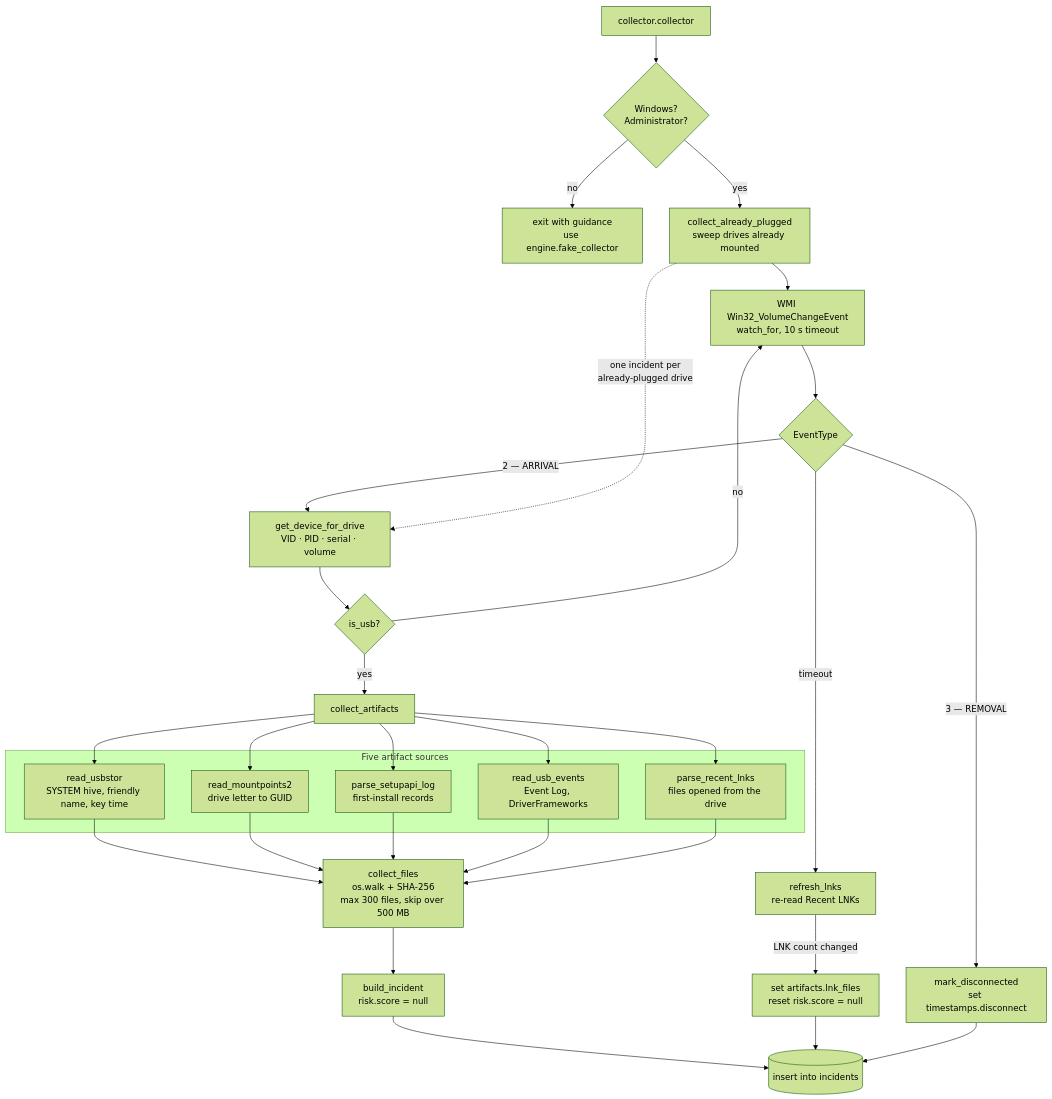
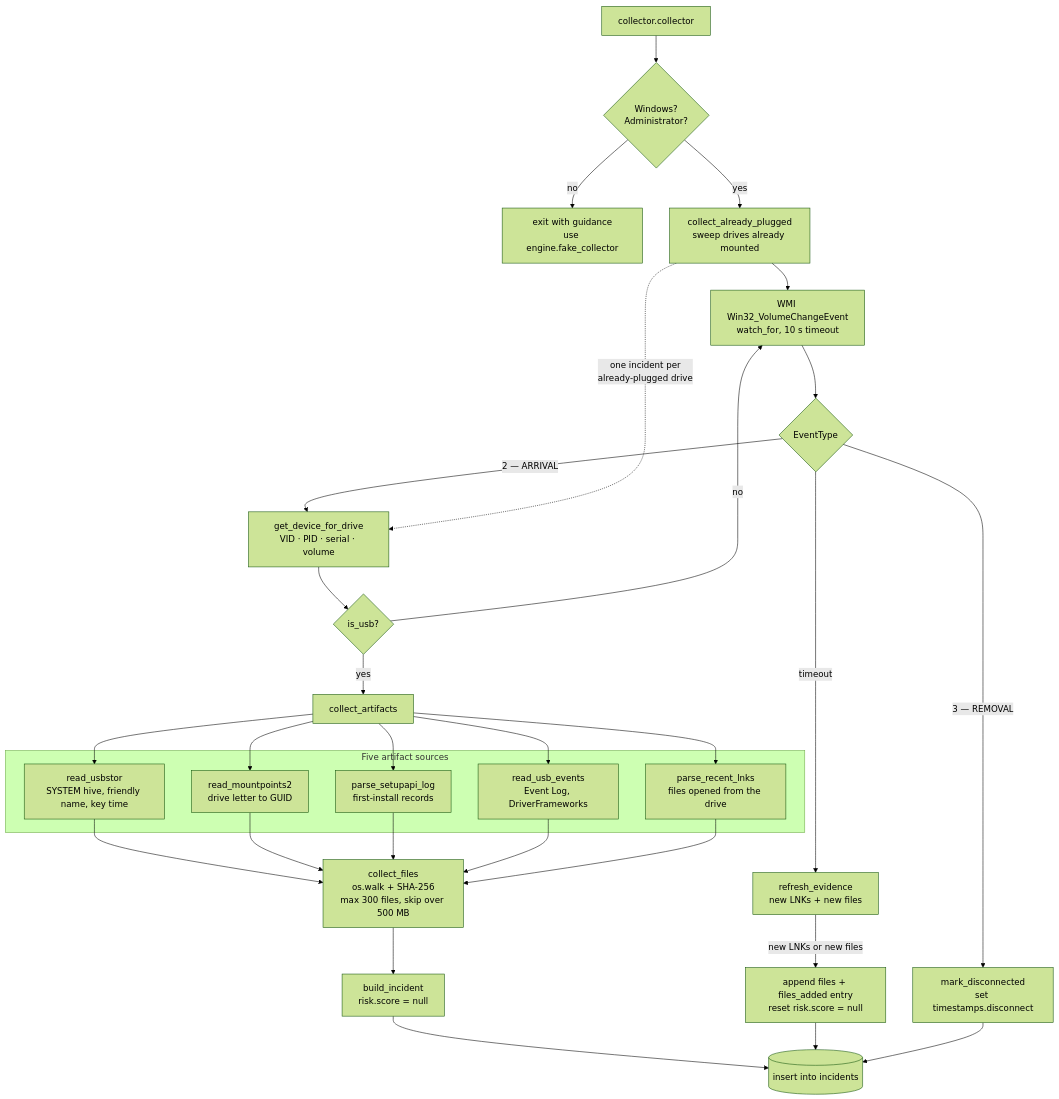
Before and after one commit to mahirasrivastava/usb-forensics: the second of 6 diagrams in ARCHITECTURE.md, drawn with Mermaid (forest theme). The commit also changed other lines of this file and 8 other files, not shown here.

````diff
--- a/ARCHITECTURE.md
+++ b/ARCHITECTURE.md
@@ -87,34 +87,34 @@
 ```mermaid
 flowchart TD
     START["collector.collector"] --> CHK{"Windows?<br/>Administrator?"}
     CHK -->|no| EXIT["exit with guidance<br/>use engine.fake_collector"]
     CHK -->|yes| SWEEP["collect_already_plugged<br/>sweep drives already mounted"]
     SWEEP --> WATCH["WMI Win32_VolumeChangeEvent<br/>watch_for, 10 s timeout"]
 
     WATCH --> EV{"EventType"}
     EV -->|"2 — ARRIVAL"| DEV["get_device_for_drive<br/>VID · PID · serial · volume"]
     EV -->|"3 — REMOVAL"| DISC["mark_disconnected<br/>set timestamps.disconnect"]
-    EV -->|"timeout"| REFRESH["refresh_lnks<br/>re-read Recent LNKs"]
+    EV -->|"timeout"| REFRESH["refresh_evidence<br/>new LNKs + new files"]
 
     SWEEP -.->|"one incident per<br/>already-plugged drive"| DEV
     DEV --> ISUSB{"is_usb?"}
     ISUSB -->|no| WATCH
     ISUSB -->|yes| COLLECT["collect_artifacts"]
 
     subgraph SRC["Five artifact sources"]
         A1["read_usbstor<br/>SYSTEM hive, friendly name, key time"]
         A2["read_mountpoints2<br/>drive letter to GUID"]
         A3["parse_setupapi_log<br/>first-install records"]
         A4["read_usb_events<br/>Event Log, DriverFrameworks"]
         A5["parse_recent_lnks<br/>files opened from the drive"]
     end
 
     COLLECT --> A1 & A2 & A3 & A4 & A5
     A1 & A2 & A3 & A4 & A5 --> FILES["collect_files<br/>os.walk + SHA-256<br/>max 300 files, skip over 500 MB"]
     FILES --> BUILD["build_incident<br/>risk.score = null"]
     BUILD --> INSERT[("insert into incidents")]
 
-    REFRESH -->|"LNK count changed"| REQUEUE["set artifacts.lnk_files<br/>reset risk.score = null"]
+    REFRESH -->|"new LNKs or new files"| REQUEUE["append files + files_added entry<br/>reset risk.score = null"]
     REQUEUE --> INSERT
     DISC --> INSERT
 ```
````
